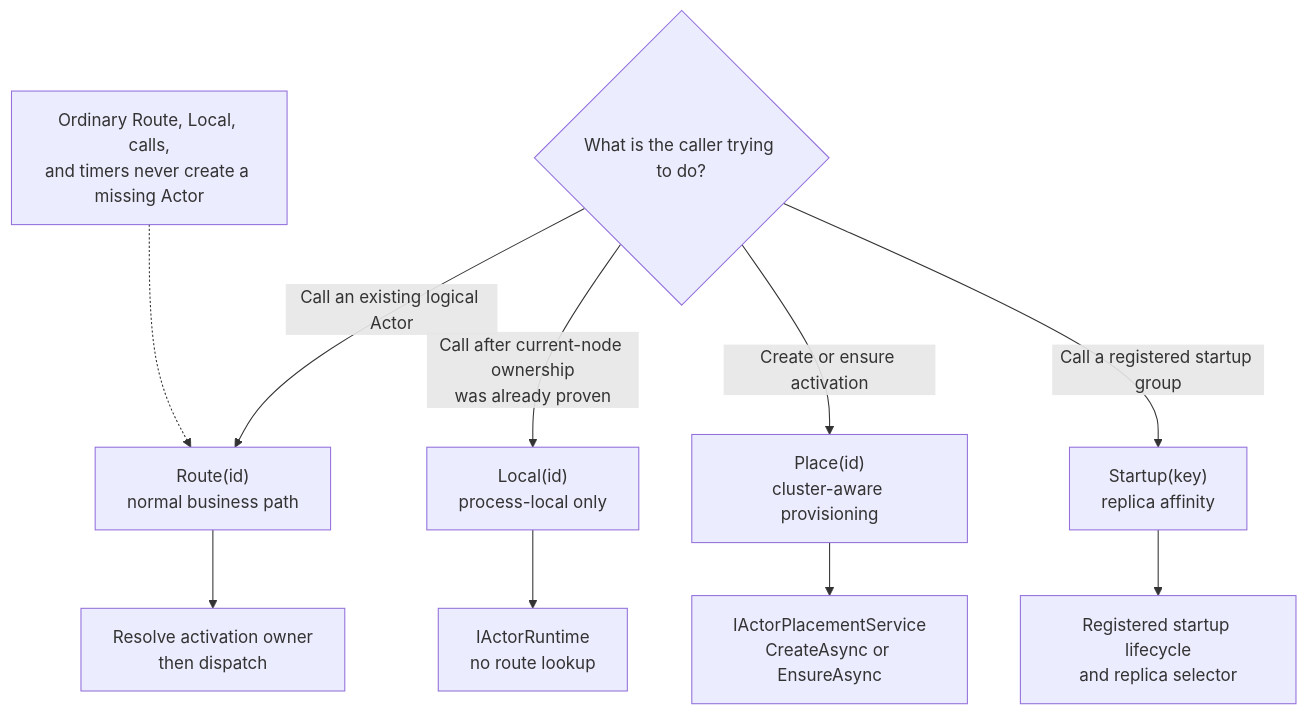
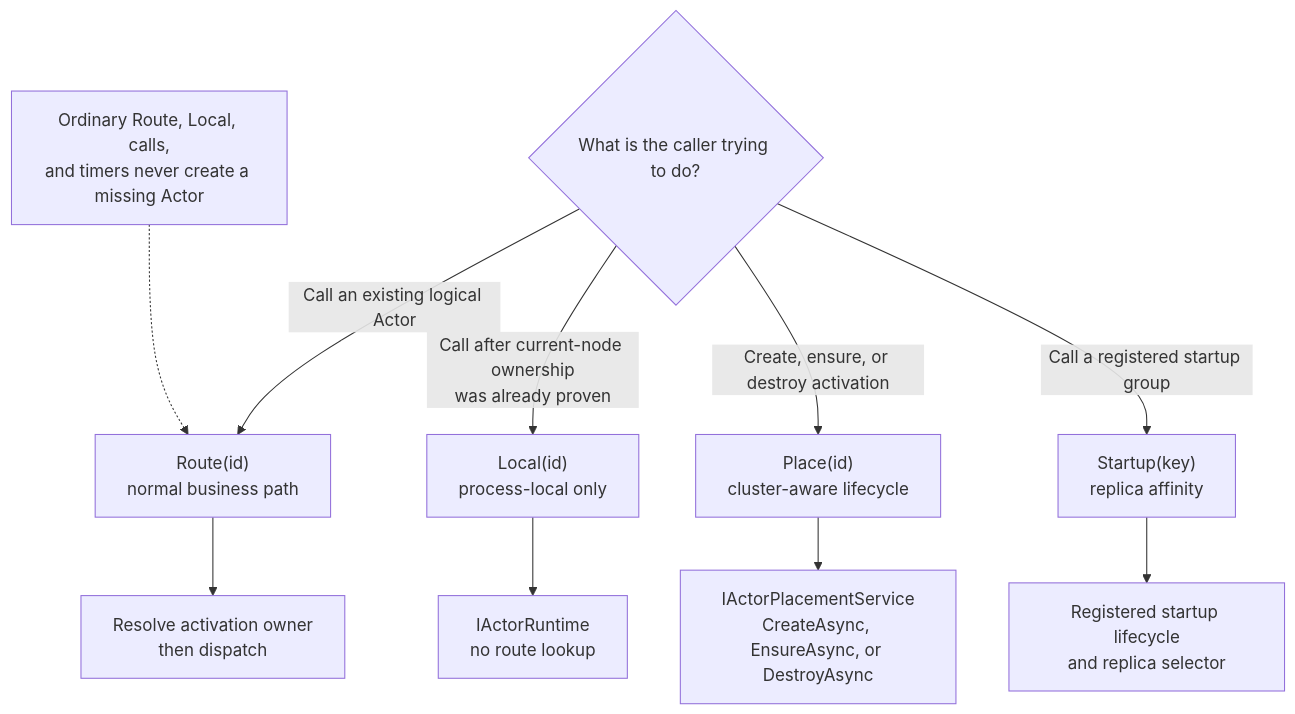
One commit to bruce48x/Lakona changed the third of 7 diagrams in docs/actor.md. Above: the diagram before and after it, drawn with Mermaid. The commit also changed other lines of this file and 42 other files, not shown here.

````diff
--- a/docs/actor.md
+++ b/docs/actor.md
@@ -151,15 +151,15 @@
 ```mermaid
 flowchart TD
     I{"What is the caller trying to do?"}
     I -->|"Call an existing logical Actor"| R["Route(id)<br/>normal business path"]
     I -->|"Call after current-node ownership<br/>was already proven"| L["Local(id)<br/>process-local only"]
-    I -->|"Create or ensure activation"| P["Place(id)<br/>cluster-aware provisioning"]
+    I -->|"Create, ensure, or destroy activation"| P["Place(id)<br/>cluster-aware lifecycle"]
     I -->|"Call a registered startup group"| S["Startup(key)<br/>replica affinity"]
 
     R --> D["Resolve activation owner<br/>then dispatch"]
     L --> LR["IActorRuntime<br/>no route lookup"]
-    P --> PS["IActorPlacementService<br/>CreateAsync or EnsureAsync"]
+    P --> PS["IActorPlacementService<br/>CreateAsync, EnsureAsync, or DestroyAsync"]
     S --> SS["Registered startup lifecycle<br/>and replica selector"]
 
     N["Ordinary Route, Local, calls,<br/>and timers never create a missing Actor"] -.-> R
 ```
````
